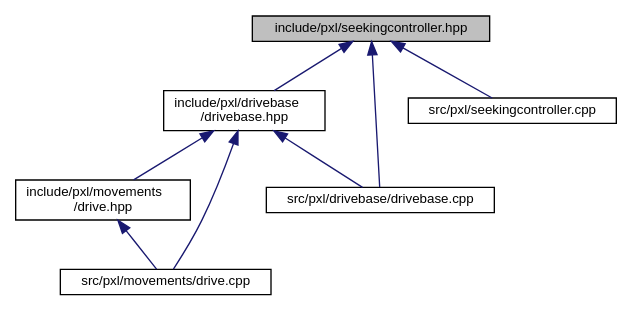
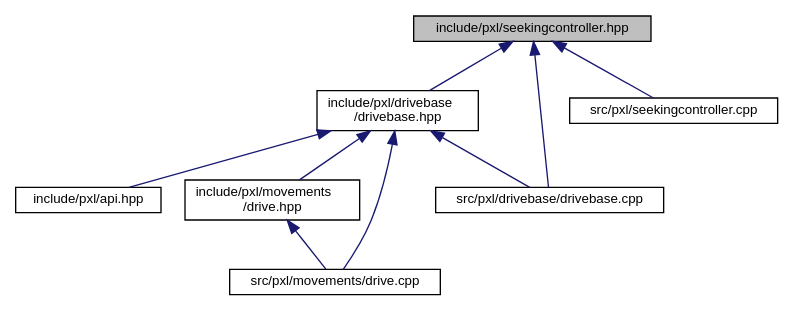
The diagram in seekingcontroller_8hpp__dep__incl.dot (Pixel-Lib/Pixel), drawn with Graphviz before and after one commit. The commit also changed 14 other files, not shown here.

```diff
--- a/seekingcontroller_8hpp__dep__incl.dot
+++ b/seekingcontroller_8hpp__dep__incl.dot
@@ -1,19 +1,21 @@
 digraph "include/pxl/seekingcontroller.hpp"
 {
  // LATEX_PDF_SIZE
   edge [fontname="Helvetica",fontsize="10",labelfontname="Helvetica",labelfontsize="10"];
   node [fontname="Helvetica",fontsize="10",shape=record];
   Node1 [label="include/pxl/seekingcontroller.hpp",height=0.2,width=0.4,color="black", fillcolor="grey75", style="filled", fontcolor="black",tooltip=" "];
   Node1 -> Node2 [dir="back",color="midnightblue",fontsize="10",style="solid",fontname="Helvetica"];
   Node2 [label="include/pxl/drivebase\l/drivebase.hpp",height=0.2,width=0.4,color="black", fillcolor="white", style="filled",URL="$drivebase_8hpp.html",tooltip=" "];
   Node2 -> Node3 [dir="back",color="midnightblue",fontsize="10",style="solid",fontname="Helvetica"];
-  Node3 [label="include/pxl/movements\l/drive.hpp",height=0.2,width=0.4,color="black", fillcolor="white", style="filled",URL="$drive_8hpp.html",tooltip=" "];
-  Node3 -> Node4 [dir="back",color="midnightblue",fontsize="10",style="solid",fontname="Helvetica"];
-  Node4 [label="src/pxl/movements/drive.cpp",height=0.2,width=0.4,color="black", fillcolor="white", style="filled",URL="$drive_8cpp.html",tooltip=" "];
+  Node3 [label="include/pxl/api.hpp",height=0.2,width=0.4,color="black", fillcolor="white", style="filled",URL="$api_8hpp.html",tooltip=" "];
+  Node2 -> Node4 [dir="back",color="midnightblue",fontsize="10",style="solid",fontname="Helvetica"];
+  Node4 [label="include/pxl/movements\l/drive.hpp",height=0.2,width=0.4,color="black", fillcolor="white", style="filled",URL="$drive_8hpp.html",tooltip=" "];
+  Node4 -> Node5 [dir="back",color="midnightblue",fontsize="10",style="solid",fontname="Helvetica"];
+  Node5 [label="src/pxl/movements/drive.cpp",height=0.2,width=0.4,color="black", fillcolor="white", style="filled",URL="$drive_8cpp.html",tooltip=" "];
+  Node2 -> Node6 [dir="back",color="midnightblue",fontsize="10",style="solid",fontname="Helvetica"];
+  Node6 [label="src/pxl/drivebase/drivebase.cpp",height=0.2,width=0.4,color="black", fillcolor="white", style="filled",URL="$drivebase_8cpp.html",tooltip=" "];
   Node2 -> Node5 [dir="back",color="midnightblue",fontsize="10",style="solid",fontname="Helvetica"];
-  Node5 [label="src/pxl/drivebase/drivebase.cpp",height=0.2,width=0.4,color="black", fillcolor="white", style="filled",URL="$drivebase_8cpp.html",tooltip=" "];
-  Node2 -> Node4 [dir="back",color="midnightblue",fontsize="10",style="solid",fontname="Helvetica"];
-  Node1 -> Node5 [dir="back",color="midnightblue",fontsize="10",style="solid",fontname="Helvetica"];
   Node1 -> Node6 [dir="back",color="midnightblue",fontsize="10",style="solid",fontname="Helvetica"];
-  Node6 [label="src/pxl/seekingcontroller.cpp",height=0.2,width=0.4,color="black", fillcolor="white", style="filled",URL="$seekingcontroller_8cpp.html",tooltip=" "];
+  Node1 -> Node7 [dir="back",color="midnightblue",fontsize="10",style="solid",fontname="Helvetica"];
+  Node7 [label="src/pxl/seekingcontroller.cpp",height=0.2,width=0.4,color="black", fillcolor="white", style="filled",URL="$seekingcontroller_8cpp.html",tooltip=" "];
 }
```
